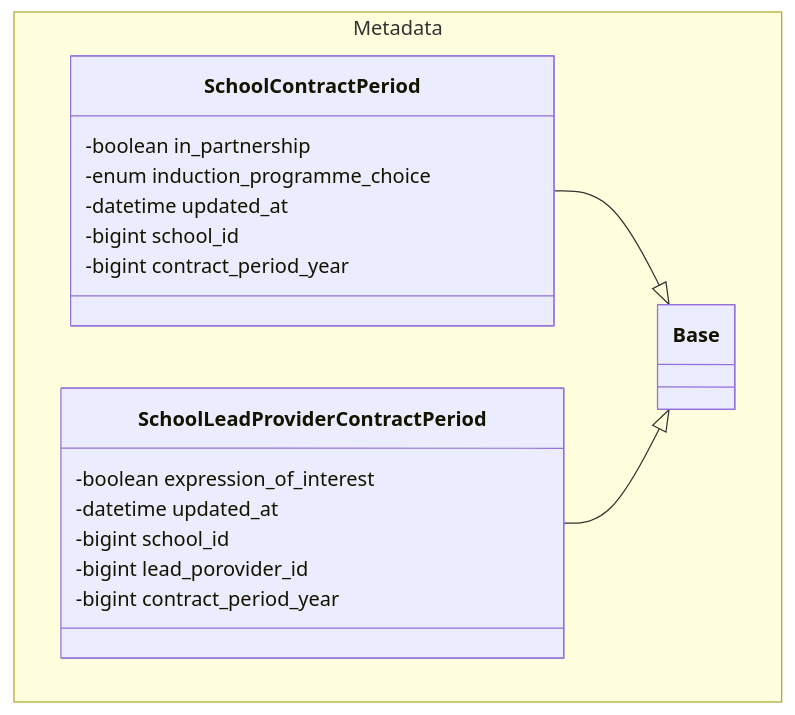
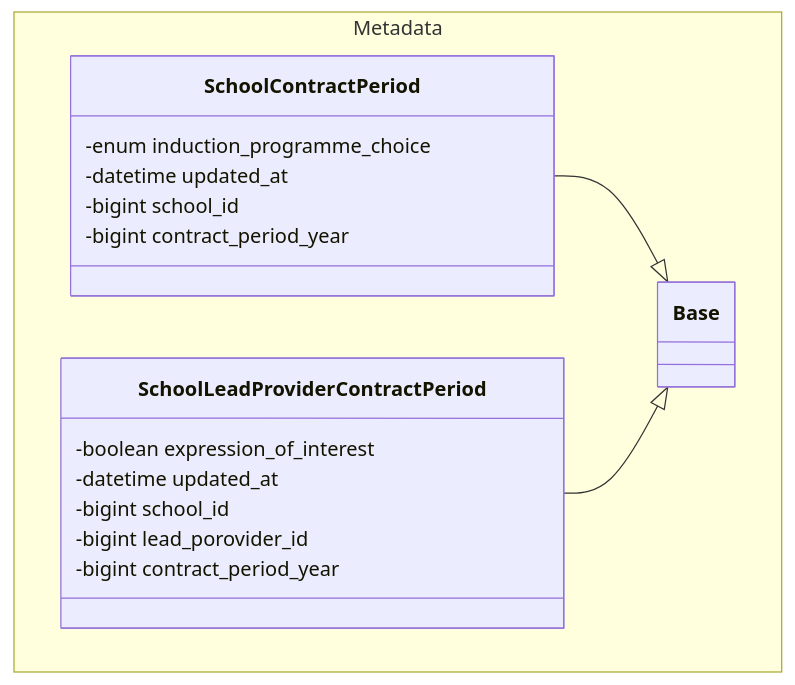
The first of 2 diagrams in documentation/metadata.md (DFE-Digital/register-early-career-teachers-public), drawn with Mermaid before and after one commit. The commit also changed 14 other files, not shown here.

````diff
--- a/documentation/metadata.md
+++ b/documentation/metadata.md
@@ -55,29 +55,28 @@
 ```mermaid
 classDiagram
     namespace Metadata {
         class Base {
 
         }
 
         class SchoolContractPeriod {
-            -boolean in_partnership
             -enum induction_programme_choice
             -datetime updated_at
 
             -bigint school_id
             -bigint contract_period_year
         }
 
         class SchoolLeadProviderContractPeriod {
             -boolean expression_of_interest
             -datetime updated_at
 
             -bigint school_id
             -bigint lead_porovider_id
             -bigint contract_period_year
         }
     }
 
     SchoolContractPeriod --|> Base
     SchoolLeadProviderContractPeriod --|> Base
 ```
````
